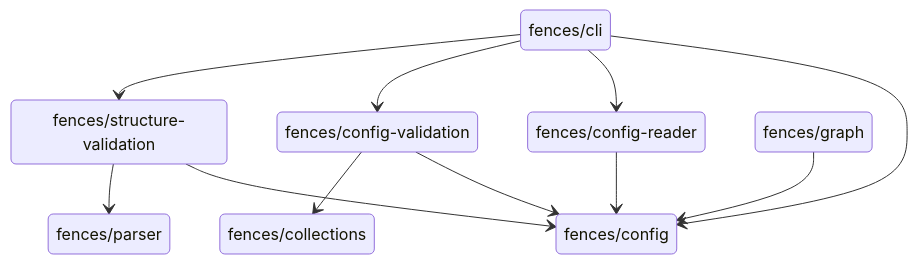
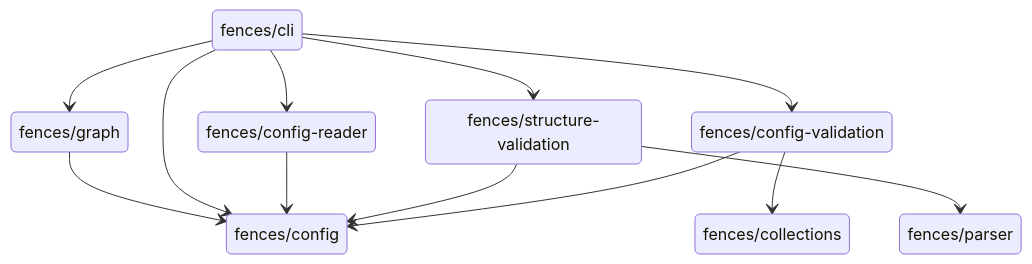
One commit to ayakovlenko/fences changed the diagram in README.md. Above: the diagram before and after it, drawn with Mermaid.

Commit message:
docs: update modules diagram

````diff
--- a/README.md
+++ b/README.md
@@ -12,22 +12,23 @@
 ```mermaid
 stateDiagram-v2
     state "fences/collections" as s0
     state "fences/config" as s1
     state "fences/config-validation" as s2
     state "fences/structure-validation" as s3
     state "fences/parser" as s4
     state "fences/config-reader" as s5
     state "fences/cli" as s6
     state "fences/graph" as s7
 
     s2 --> s1
     s2 --> s0
     s3 --> s1
     s3 --> s4
     s5 --> s1
     s6 --> s1
     s6 --> s5
     s6 --> s2
     s6 --> s3
+    s6 --> s7
     s7 --> s1
 ```
````
